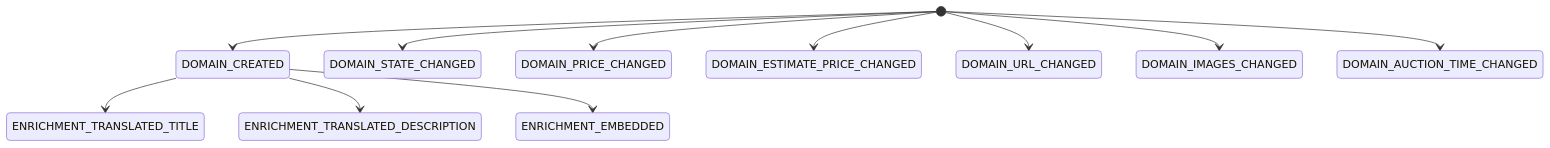
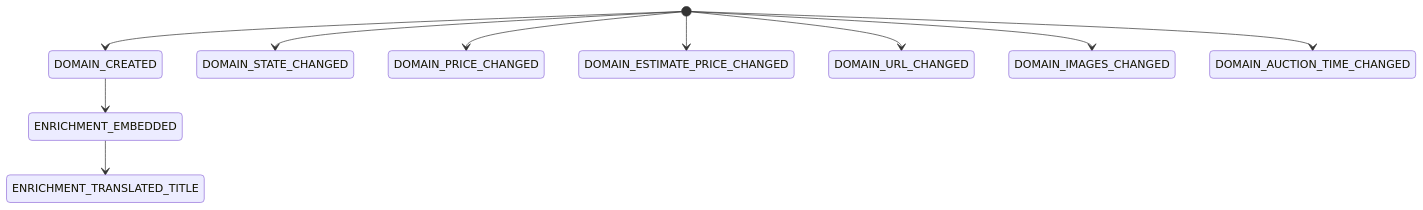
One commit to aura-historia/backend changed the second of 2 diagrams in docs/events/flow.md. Above: the diagram before and after it, drawn with Mermaid. The commit also changed other lines of this file and 3 other files, not shown here.

First line of the commit message:
update CFN templates and docs: translate triggers on ENRICHMENT_EMBEDDED, add TransactWriteItems/BatchGetItem permissions

````diff
--- a/docs/events/flow.md
+++ b/docs/events/flow.md
@@ -79,14 +79,13 @@
 ```mermaid
 stateDiagram-v2
     [*] --> DOMAIN_CREATED
     [*] --> DOMAIN_STATE_CHANGED
     [*] --> DOMAIN_PRICE_CHANGED
     [*] --> DOMAIN_ESTIMATE_PRICE_CHANGED
     [*] --> DOMAIN_URL_CHANGED
     [*] --> DOMAIN_IMAGES_CHANGED
     [*] --> DOMAIN_AUCTION_TIME_CHANGED
 
-    DOMAIN_CREATED --> ENRICHMENT_TRANSLATED_TITLE
-    DOMAIN_CREATED --> ENRICHMENT_TRANSLATED_DESCRIPTION
     DOMAIN_CREATED --> ENRICHMENT_EMBEDDED
+    ENRICHMENT_EMBEDDED --> ENRICHMENT_TRANSLATED_TITLE
 ```
````
